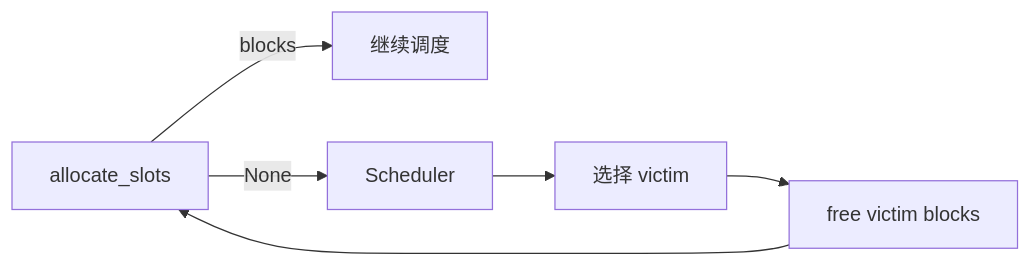
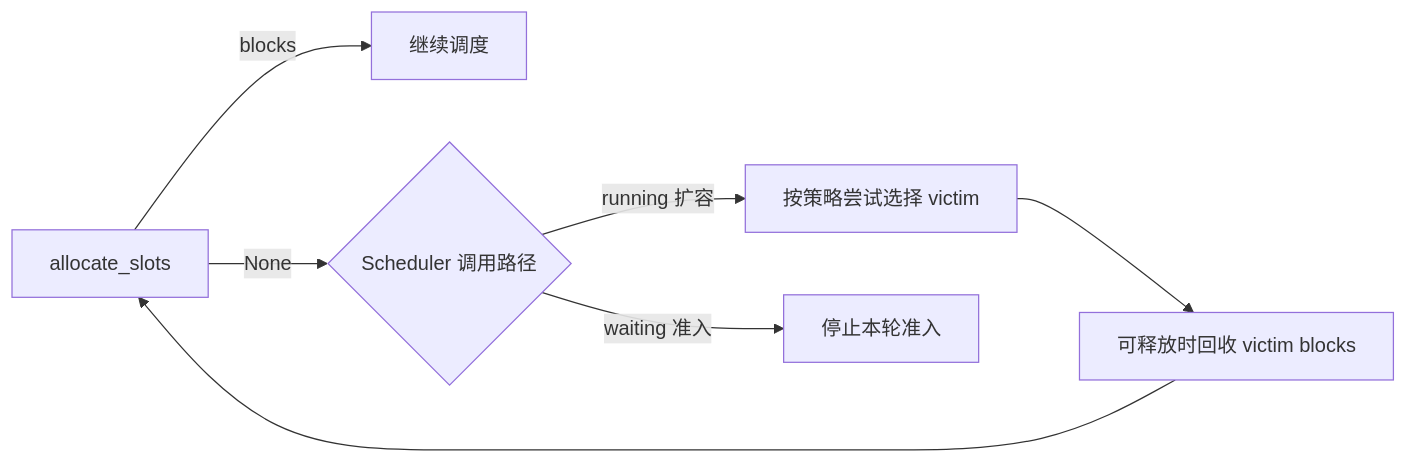
One commit to cluster1900/vllm_reader changed diagram 28 of 29 in book/05-kv-cache/README.md. Above: the diagram before and after it, drawn with Mermaid. The commit also changed other lines of this file and 19 other files, not shown here.

````diff
--- a/book/05-kv-cache/README.md
+++ b/book/05-kv-cache/README.md
@@ -1236,8 +1236,9 @@
 ```mermaid
 flowchart LR
     K[allocate_slots] -->|blocks| OK[继续调度]
-    K -->|None| S[Scheduler]
-    S --> V[选择 victim]
-    V --> F[free victim blocks]
+    K -->|None| S{Scheduler 调用路径}
+    S -->|running 扩容| V[按策略尝试选择 victim]
+    S -->|waiting 准入| WAIT[停止本轮准入]
+    V --> F[可释放时回收 victim blocks]
     F --> K
 ```
````
